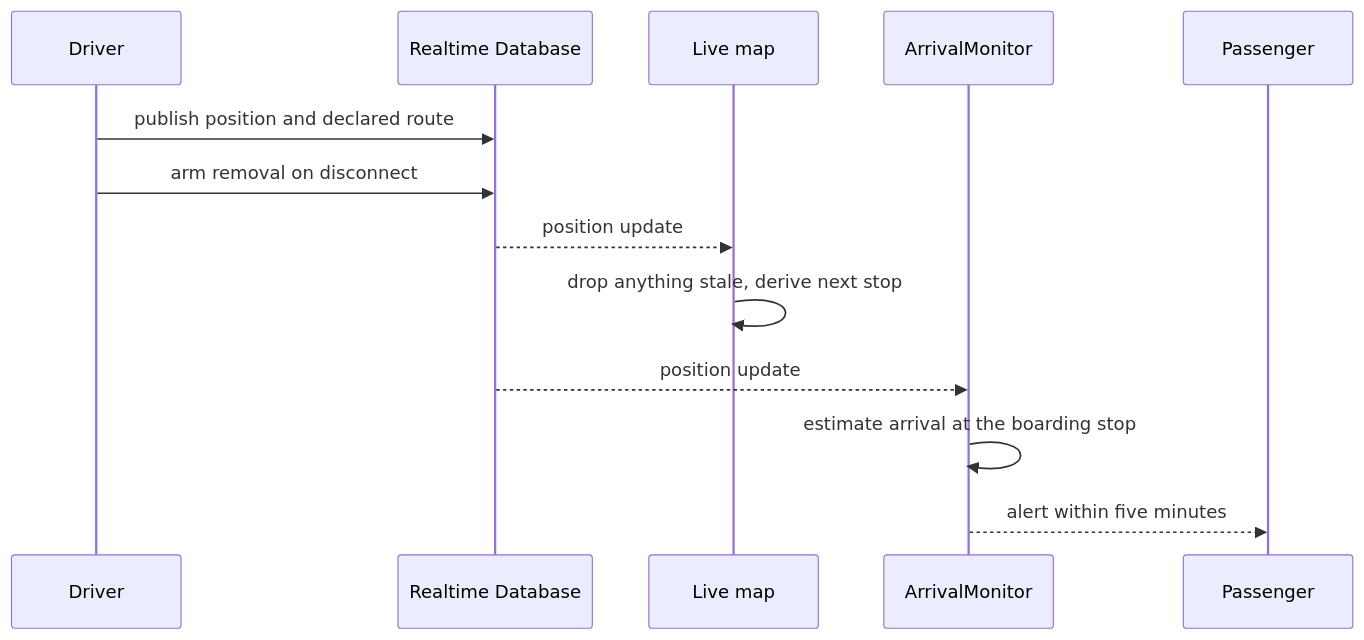
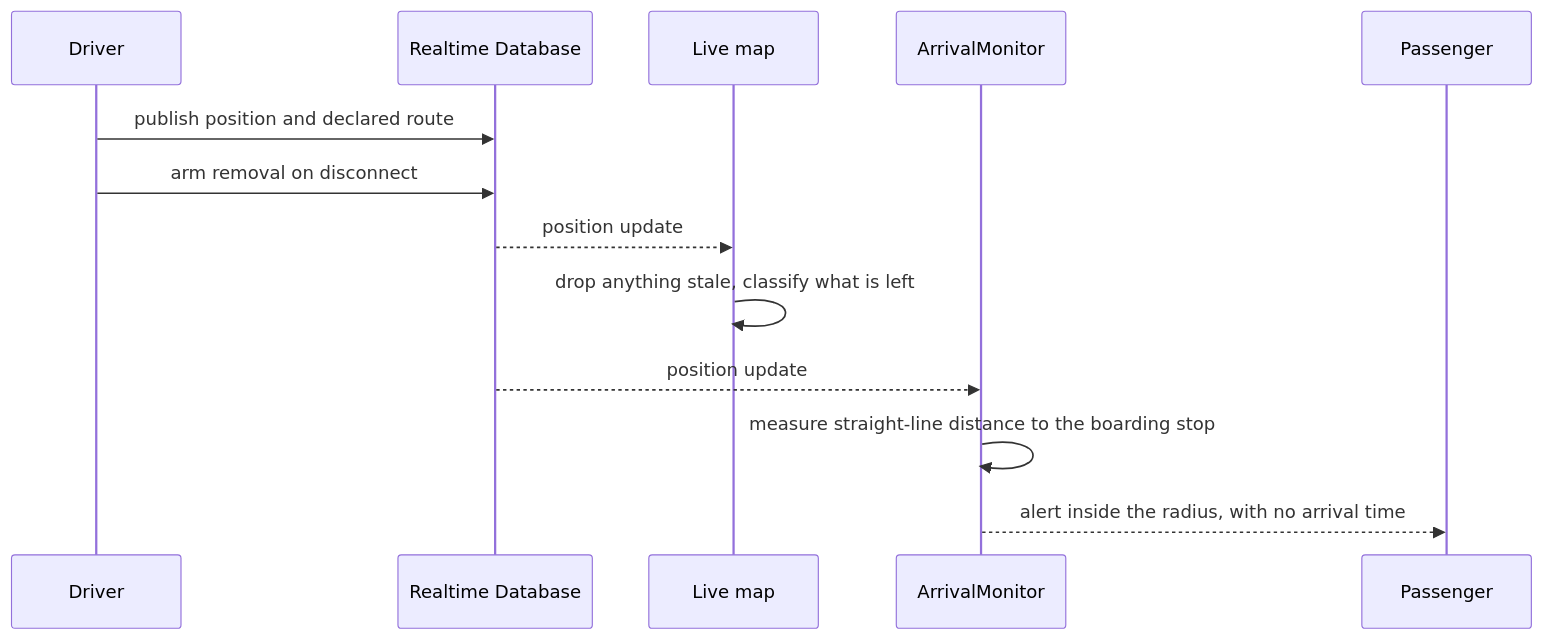
One commit to Mukund934/BRT-Bus-Service-3 changed the third of 3 diagrams in README.md. Above: the diagram before and after it, drawn with Mermaid. The commit also changed other lines of this file, not shown here.

First line of the commit message:
docs(readme): stop claiming four things the app does not do

````diff
--- a/README.md
+++ b/README.md
@@ -172,16 +180,16 @@
 ```mermaid
 sequenceDiagram
     participant D as Driver
     participant RT as Realtime Database
     participant M as Live map
     participant A as ArrivalMonitor
     participant P as Passenger
 
     D->>RT: publish position and declared route
     D->>RT: arm removal on disconnect
     RT-->>M: position update
-    M->>M: drop anything stale, derive next stop
+    M->>M: drop anything stale, classify what is left
     RT-->>A: position update
-    A->>A: estimate arrival at the boarding stop
-    A-->>P: alert within five minutes
+    A->>A: measure straight-line distance to the boarding stop
+    A-->>P: alert inside the radius, with no arrival time
 ```
````
